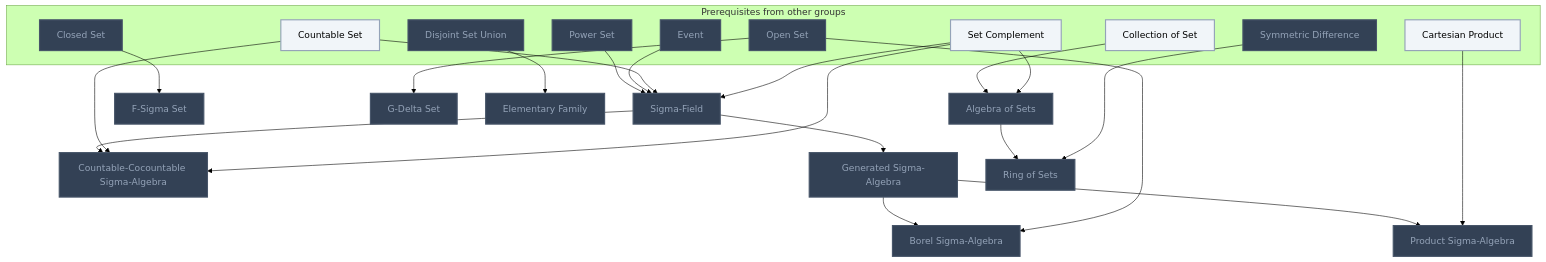
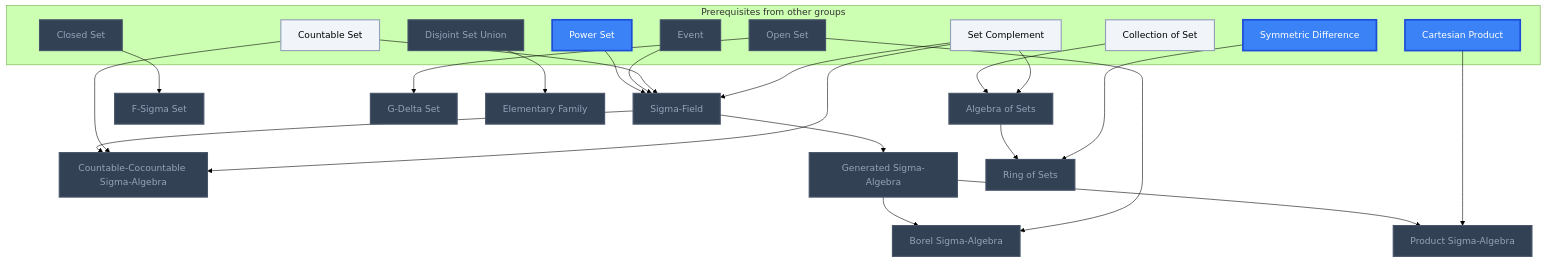
One commit to MRauf1/My-Notes changed the eighth of 13 diagrams in Gamification/Skill Trees/Measure Theory.md. Above: the diagram before and after it, drawn with Mermaid (forest theme). The commit also changed other lines of this file and 62 other files, not shown here.

````diff
--- a/Gamification/Skill Trees/Measure Theory.md
+++ b/Gamification/Skill Trees/Measure Theory.md
@@ -232,56 +239,57 @@
 ```mermaid
 flowchart TD
     classDef planned fill:#1E293B,stroke:#64748B,stroke-width:2px,stroke-dasharray:5 5,color:#94A3B8;
     classDef locked fill:#334155,stroke:#475569,stroke-width:2px,color:#94A3B8;
     classDef L0 fill:#F1F5F9,stroke:#94A3B8,stroke-width:2px,color:#000000;
     classDef L1 fill:#22C55E,stroke:#15803D,stroke-width:2px,color:#000000;
     classDef L2 fill:#3B82F6,stroke:#1D4ED8,stroke-width:3px,color:#FFFFFF;
     classDef L3 fill:#A855F7,stroke:#6B21A8,stroke-width:3px,color:#FFFFFF,font-weight:bold;
     classDef L4 fill:#F97316,stroke:#C2410C,stroke-width:4px,color:#000000,font-weight:bold;
     classDef L5 fill:#FFD700,stroke:#FF8C00,stroke-width:5px,color:#000000,font-weight:bold;
     classDef rusty stroke:#8B4513,stroke-width:4px,stroke-dasharray:3 3;
     subgraph sg_prereqs["Prerequisites from other groups"]
         n_collection_of_set["Collection of Set"]
         n_countable_set["Countable Set"]
         n_closed_set["Closed Set"]
         n_open_set["Open Set"]
         n_cartesian_product["Cartesian Product"]
         n_disjoint_set_union["Disjoint Set Union"]
         n_symmetric_difference["Symmetric Difference"]
         n_power_set["Power Set"]
         n_event["Event"]
         n_set_complement["Set Complement"]
     end
     n_algebra_of_sets["Algebra of Sets"]
     n_countable_cocountable_sigma_algebra["Countable-Cocountable Sigma-Algebra"]
     n_generated_sigma_algebra["Generated Sigma-Algebra"]
     n_f_sigma_set["F-Sigma Set"]
     n_g_delta_set["G-Delta Set"]
     n_borel_sigma_algebra["Borel Sigma-Algebra"]
     n_product_sigma_algebra["Product Sigma-Algebra"]
     n_elementary_family["Elementary Family"]
     n_ring_of_sets["Ring of Sets"]
     n_sigma_field["Sigma-Field"]
     n_collection_of_set --> n_algebra_of_sets
     n_sigma_field --> n_countable_cocountable_sigma_algebra
     n_countable_set --> n_countable_cocountable_sigma_algebra
     n_sigma_field --> n_generated_sigma_algebra
     n_closed_set --> n_f_sigma_set
     n_open_set --> n_g_delta_set
     n_generated_sigma_algebra --> n_borel_sigma_algebra
     n_open_set --> n_borel_sigma_algebra
     n_generated_sigma_algebra --> n_product_sigma_algebra
     n_cartesian_product --> n_product_sigma_algebra
     n_disjoint_set_union --> n_elementary_family
     n_algebra_of_sets --> n_ring_of_sets
     n_symmetric_difference --> n_ring_of_sets
     n_power_set --> n_sigma_field
     n_event --> n_sigma_field
     n_countable_set --> n_sigma_field
     n_set_complement --> n_algebra_of_sets
     n_set_complement --> n_countable_cocountable_sigma_algebra
     n_set_complement --> n_sigma_field
-    class n_closed_set,n_open_set,n_disjoint_set_union,n_symmetric_difference,n_power_set,n_event,n_algebra_of_sets,n_countable_cocountable_sigma_algebra,n_generated_sigma_algebra,n_f_sigma_set,n_g_delta_set,n_borel_sigma_algebra,n_product_sigma_algebra,n_elementary_family,n_ring_of_sets,n_sigma_field locked;
-    class n_collection_of_set,n_countable_set,n_cartesian_product,n_set_complement L0;
+    class n_closed_set,n_open_set,n_disjoint_set_union,n_event,n_algebra_of_sets,n_countable_cocountable_sigma_algebra,n_generated_sigma_algebra,n_f_sigma_set,n_g_delta_set,n_borel_sigma_algebra,n_product_sigma_algebra,n_elementary_family,n_ring_of_sets,n_sigma_field locked;
+    class n_collection_of_set,n_countable_set,n_set_complement L0;
+    class n_cartesian_product,n_symmetric_difference,n_power_set L2;
     class n_collection_of_set,n_countable_set,n_closed_set,n_open_set,n_cartesian_product,n_disjoint_set_union,n_symmetric_difference,n_power_set,n_event,n_set_complement,n_algebra_of_sets,n_countable_cocountable_sigma_algebra,n_generated_sigma_algebra,n_f_sigma_set,n_g_delta_set,n_borel_sigma_algebra,n_product_sigma_algebra,n_elementary_family,n_ring_of_sets,n_sigma_field internal-link;
 ```
````
